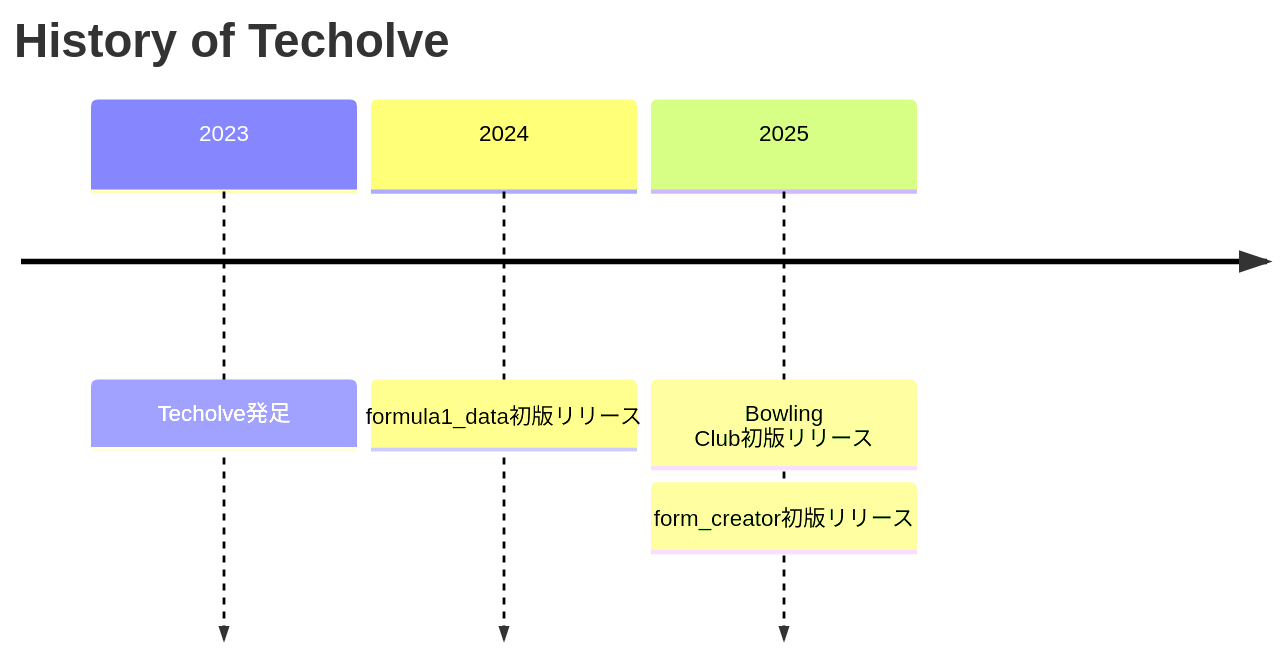
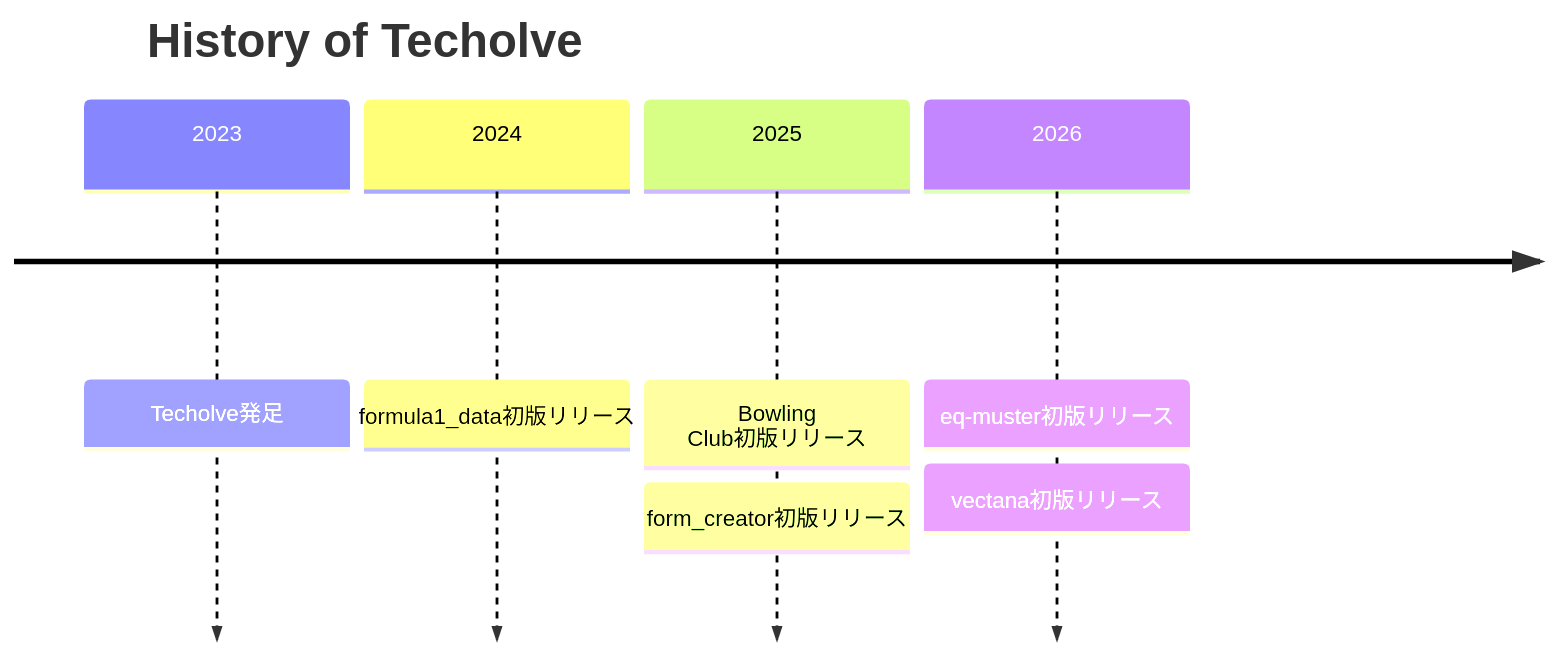
One commit to techolve/.github changed the diagram in profile/README.md. Above: the diagram before and after it, drawn with Mermaid.

Commit message:
Add eq-muster and vectana release to timeline

````diff
--- a/profile/README.md
+++ b/profile/README.md
@@ -5,8 +5,10 @@
 ```mermaid
 timeline
     title History of Techolve
     2023 : Techolve発足
     2024 : formula1_data初版リリース
     2025 : Bowling Club初版リリース
          : form_creator初版リリース    
+    2026 : eq-muster初版リリース
+         : vectana初版リリース
 ```
````
